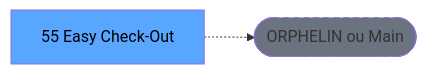
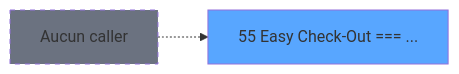
The second of 3 diagrams in .openspec/specs/ADH-IDE-55.md (thonyAGP/magic-migration), drawn with Mermaid before and after one commit. The commit also changed other lines of this file and 493 other files, not shown here.

````diff
--- a/.openspec/specs/ADH-IDE-55.md
+++ b/.openspec/specs/ADH-IDE-55.md
@@ -121,8 +213,8 @@
 ```mermaid
 graph LR
-    T[55 Easy Check-Out ]
-    ORPHAN([ORPHELIN ou Main])
-    T -.-> ORPHAN
-    style T fill:#58a6ff,color:#000
-    style ORPHAN fill:#6b7280,stroke-dasharray: 5 5
+    T55[55 Easy Check-Out === ...]
+    style T55 fill:#58a6ff
+    NONE[Aucun caller]
+    NONE -.-> T55
+    style NONE fill:#6b7280,stroke-dasharray: 5 5
 ```
````
